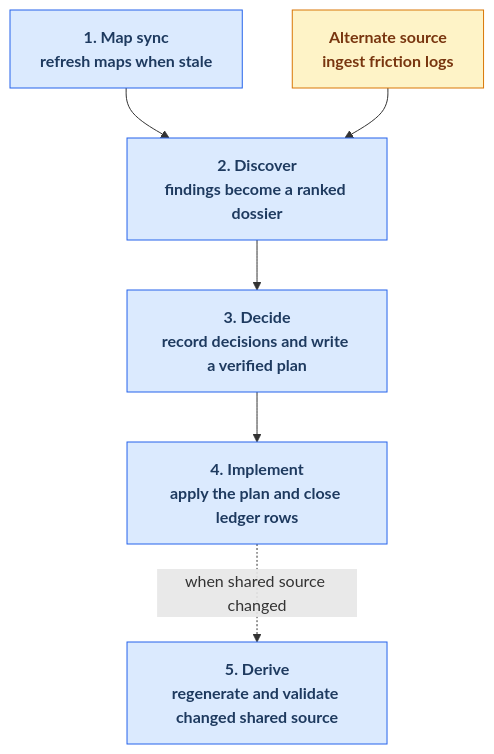
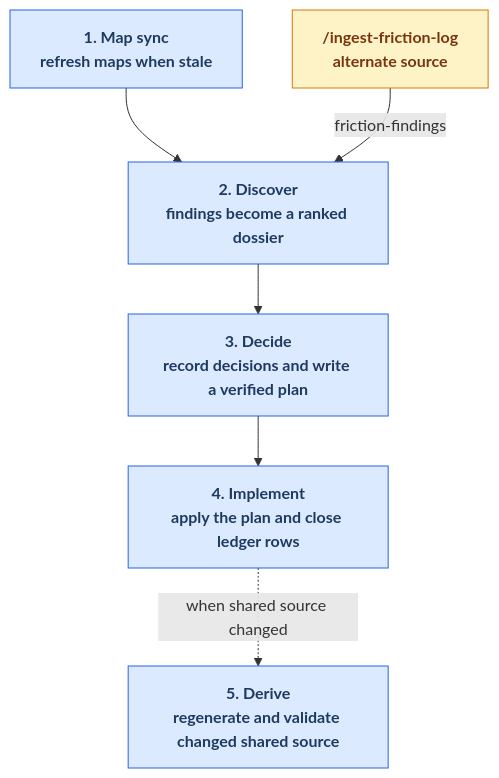
One commit to russell-laing/al-dev-shared changed the diagram in docs/maintainer-tooling.md. Above: the diagram before and after it, drawn with Mermaid. The commit also changed other lines of this file and 1 other file, not shown here.

First line of the commit message:
chore(health): fix ingest-friction-log diagram label and edge in maintainer guide (#943)

````diff
--- a/docs/maintainer-tooling.md
+++ b/docs/maintainer-tooling.md
@@ -47,21 +47,21 @@
 ```mermaid
 flowchart TD
     classDef stage fill:#dbeafe,stroke:#2563eb,color:#1e3a5f,font-weight:bold
     classDef alternate fill:#fef3c7,stroke:#d97706,color:#78350f,font-weight:bold
 
     stage_map_sync["1. Map sync<br/>refresh maps when stale"]
     stage_discover["2. Discover<br/>findings become a ranked dossier"]
     stage_decide["3. Decide<br/>record decisions and write a verified plan"]
     stage_implement["4. Implement<br/>apply the plan and close ledger rows"]
     stage_derive["5. Derive<br/>regenerate and validate changed shared source"]
-    entry_friction["Alternate source<br/>ingest friction logs"]
+    entry_friction["/ingest-friction-log<br/>alternate source"]
 
     stage_map_sync --> stage_discover
-    entry_friction --> stage_discover
+    entry_friction -- "friction-findings" --> stage_discover
     stage_discover --> stage_decide
     stage_decide --> stage_implement
     stage_implement -. "when shared source changed" .-> stage_derive
 
     class stage_map_sync,stage_discover,stage_decide,stage_implement,stage_derive stage
     class entry_friction alternate
 ```
````
